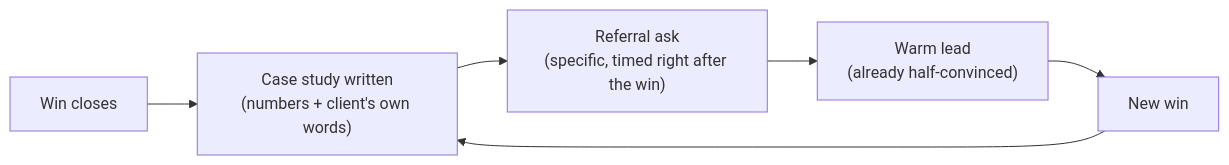
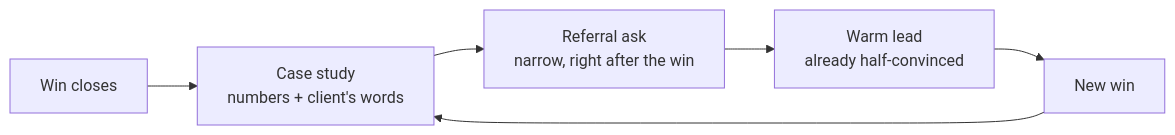
One commit to francoandreDev/knowledge changed the diagram in src/content/product-domain/case-studies/L2-concept.mdx. Above: the diagram before and after it, drawn with Mermaid. The commit also changed other lines of this file and 3 other files, not shown here.

````diff
--- a/src/content/product-domain/case-studies/L2-concept.mdx
+++ b/src/content/product-domain/case-studies/L2-concept.mdx
@@ -62,8 +66,8 @@
 ```mermaid
 flowchart LR
-    A["Win closes"] --> B["Case study written<br/>(numbers + client's own words)"]
-    B --> C["Referral ask<br/>(specific, timed right after the win)"]
-    C --> D["Warm lead<br/>(already half-convinced)"]
+    A["Win closes"] --> B["Case study<br/>numbers + client's words"]
+    B --> C["Referral ask<br/>narrow, right after the win"]
+    C --> D["Warm lead<br/>already half-convinced"]
     D --> E["New win"]
     E --> B
 ```
````
